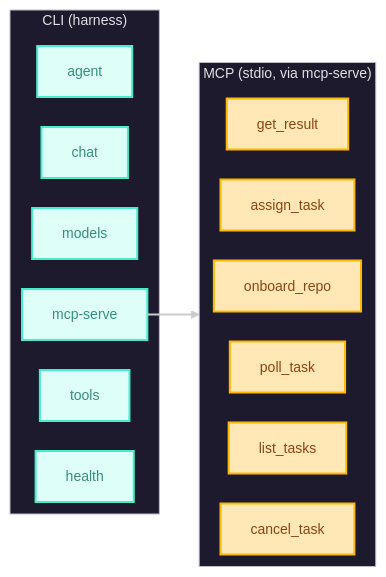
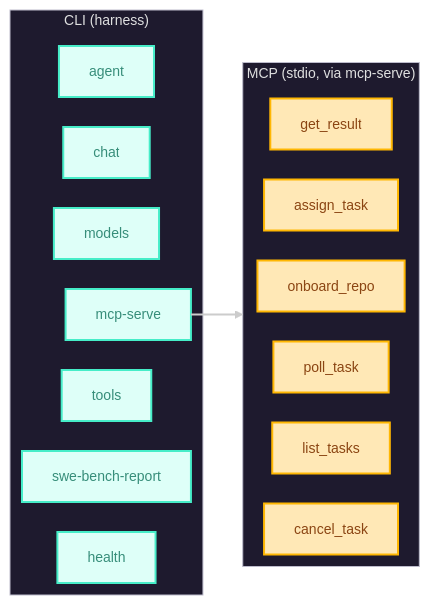
Before and after one commit to DominicBurkart/nanna-coder: the second of 5 diagrams in ARCHITECTURE.md, drawn with Mermaid. The commit also changed other lines of this file, not shown here.

Commit message:
docs(arch): correct CLI subcommand count (six -> seven) and list swe-bench-report
The CLI in harness/src/main.rs exposes seven subcommands, including
`swe-bench-report`, but ARCHITECTURE.md documented only six and omitted
`swe-bench-report` from both the prose and the Mermaid diagram. Align the
doc with `Cli`/`Commands` in harness/src/main.rs.

No code changes; documentation-only.

````diff
--- a/ARCHITECTURE.md
+++ b/ARCHITECTURE.md
@@ -67,29 +67,30 @@
 ```mermaid
 ---
 config:
   theme: redux-dark
   layout: elk
 ---
 flowchart LR
     subgraph CLI["CLI (harness)"]
         chat
         agent
         mcpserve["mcp-serve"]
         models
         tools
         health
+        swebenchreport["swe-bench-report"]
     end
     subgraph MCP["MCP (stdio, via mcp-serve)"]
         assign_task
         poll_task
         get_result
         list_tasks
         cancel_task
         onboard_repo
     end
     mcpserve --> MCP
     classDef cli stroke:#46EDC8,fill:#DEFFF8,color:#378E7A
     classDef mcp stroke:#FFB703,fill:#FFE8B6,color:#8B4513
-    class chat,agent,mcpserve,models,tools,health cli
+    class chat,agent,mcpserve,models,tools,health,swebenchreport cli
     class assign_task,poll_task,get_result,list_tasks,cancel_task,onboard_repo mcp
 ```
````
